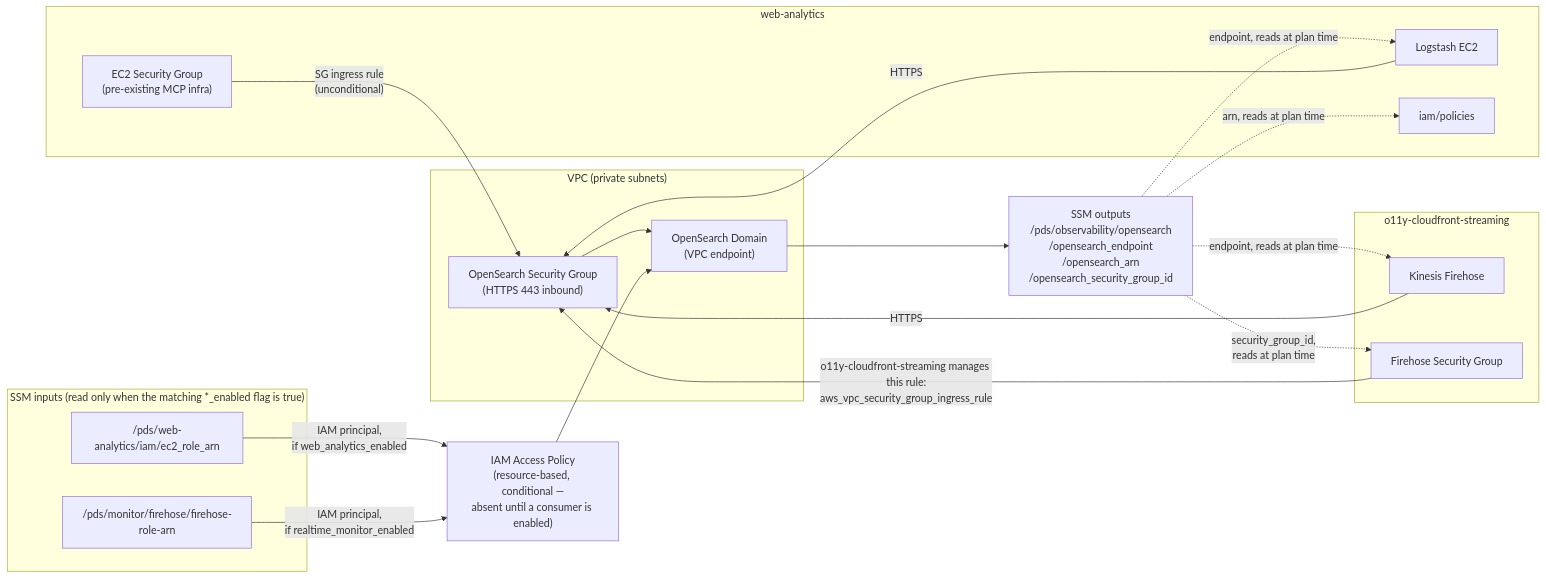
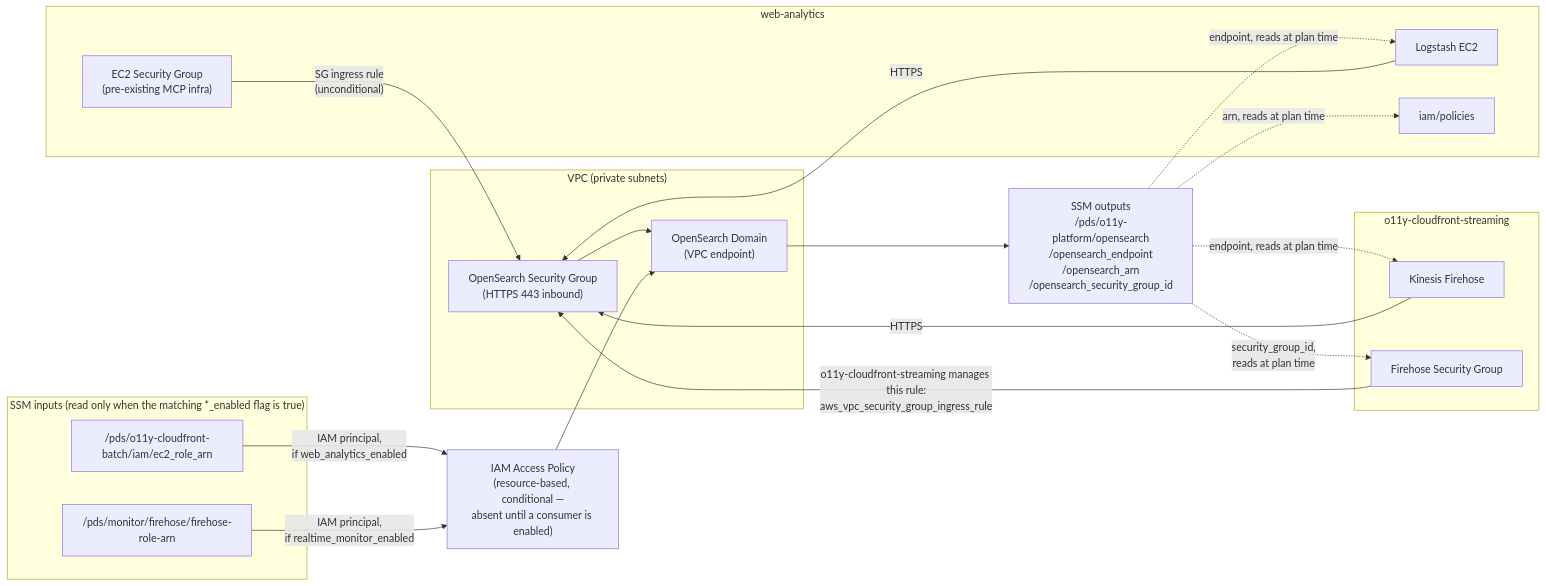
The first of 2 diagrams in terraform/README.md (NASA-PDS/o11y-platform), drawn with Mermaid before and after one commit. The commit also changed other lines of this file and 5 other files, not shown here.

First line of the commit message:
Rename observability → o11y: domain, SSM paths, and state key

````diff
--- a/terraform/README.md
+++ b/terraform/README.md
@@ -7,40 +7,40 @@
 ```mermaid
 flowchart LR
     subgraph vpc["VPC (private subnets)"]
         SG["OpenSearch Security Group\n(HTTPS 443 inbound)"]
         OS["OpenSearch Domain\n(VPC endpoint)"]
     end
 
     subgraph ssm_in["SSM inputs (read only when the matching *_enabled flag is true)"]
-        EC2ARN["/pds/web-analytics/iam/ec2_role_arn"]
+        EC2ARN["/pds/o11y-cloudfront-batch/iam/ec2_role_arn"]
         FHARN["/pds/monitor/firehose/firehose-role-arn"]
     end
 
     POL["IAM Access Policy\n(resource-based, conditional —\nabsent until a consumer is enabled)"]
-    SSM_OUT["SSM outputs\n/pds/observability/opensearch\n/opensearch_endpoint\n/opensearch_arn\n/opensearch_security_group_id"]
+    SSM_OUT["SSM outputs\n/pds/o11y-platform/opensearch\n/opensearch_endpoint\n/opensearch_arn\n/opensearch_security_group_id"]
 
     subgraph wa["web-analytics"]
         LS["Logstash EC2"]
         EC2SG["EC2 Security Group\n(pre-existing MCP infra)"]
         WAIAM["iam/policies"]
     end
 
     subgraph cf["o11y-cloudfront-streaming"]
         FH["Kinesis Firehose"]
         FHSG["Firehose Security Group"]
     end
 
     EC2SG -->|"SG ingress rule\n(unconditional)"| SG
     SG --> OS
     EC2ARN -->|"IAM principal,\nif web_analytics_enabled"| POL
     FHARN -->|"IAM principal,\nif realtime_monitor_enabled"| POL
     POL --> OS
     OS --> SSM_OUT
     SSM_OUT -.->|"endpoint, reads at plan time"| LS
     SSM_OUT -.->|"endpoint, reads at plan time"| FH
     SSM_OUT -.->|"arn, reads at plan time"| WAIAM
     SSM_OUT -.->|"security_group_id,\nreads at plan time"| FHSG
     FHSG -->|"o11y-cloudfront-streaming manages this rule:\naws_vpc_security_group_ingress_rule"| SG
     LS -->|"HTTPS"| SG
     FH -->|"HTTPS"| SG
 ```
````
